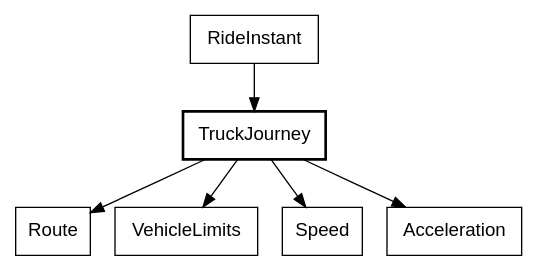
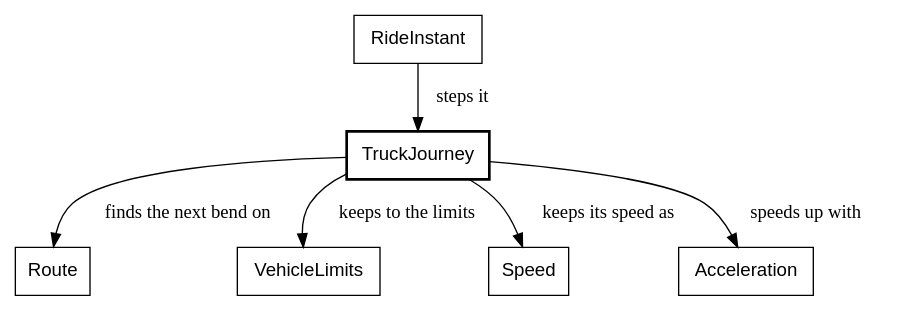
One commit to showell/roc-apps changed diagram 21 of 30 in canvas_apps/safari/tutorial/tutorial.md. Above: the diagram before and after it, drawn with Graphviz. The commit also changed other lines of this file, not shown here.

First line of the commit message:
Safari book: the truck chapters, rewritten for the refactored truck

````diff
--- a/canvas_apps/safari/tutorial/tutorial.md
+++ b/canvas_apps/safari/tutorial/tutorial.md
@@ -2022,11 +2046,11 @@
 ```dot
 digraph truck_motion {
   node [shape=box, fontname="Helvetica"];
   TruckJourney [style=bold];
-  RideInstant -> TruckJourney;
-  TruckJourney -> Route;
-  TruckJourney -> VehicleLimits;
-  TruckJourney -> Speed;
-  TruckJourney -> Acceleration;
+  RideInstant -> TruckJourney [label="  steps it"];
+  TruckJourney -> Route [label="  finds the next bend on"];
+  TruckJourney -> VehicleLimits [label="  keeps to the limits"];
+  TruckJourney -> Speed [label="  keeps its speed as"];
+  TruckJourney -> Acceleration [label="  speeds up with"];
 }
 ```
````
